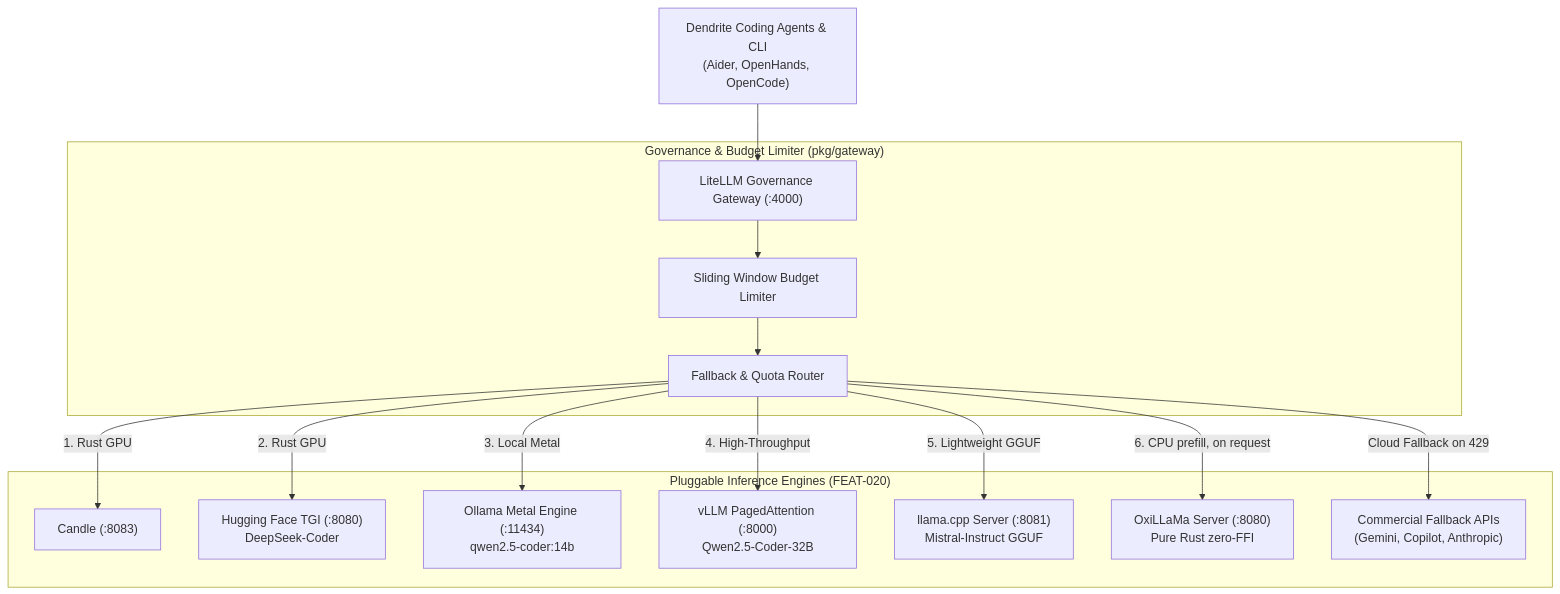
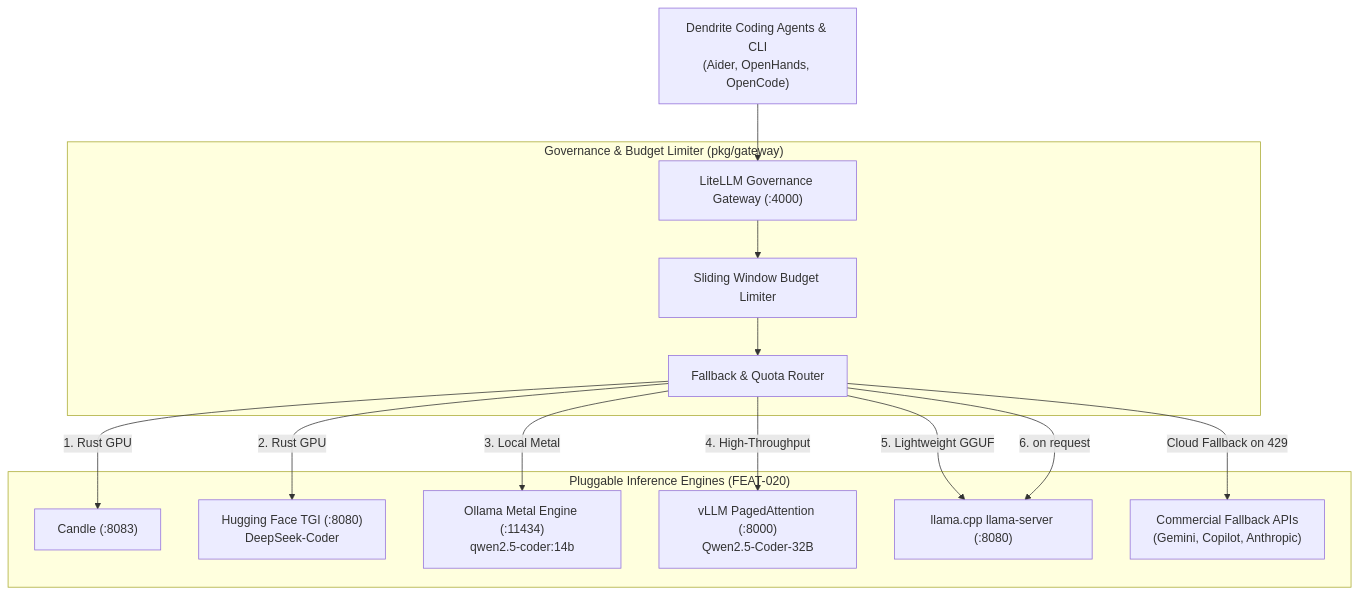
The diagram in docs/features/FEAT-020-pluggable-inference-engines.md (yasuomaidana/dendrite), drawn with Mermaid before and after one commit. The commit also changed other lines of this file and 141 other files, not shown here.

First line of the commit message:
[DEN-933] Replace OxiLLaMa with llama.cpp llama-server (#122)

````diff
--- a/docs/features/FEAT-020-pluggable-inference-engines.md
+++ b/docs/features/FEAT-020-pluggable-inference-engines.md
@@ -78,19 +77,19 @@
 ```mermaid
 flowchart TD
     Client["Dendrite Coding Agents & CLI<br/>(Aider, OpenHands, OpenCode)"] --> Gateway["LiteLLM Governance Gateway (:4000)"]
     
     subgraph Governance["Governance & Budget Limiter (pkg/gateway)"]
         Gateway --> Limiter["Sliding Window Budget Limiter"]
         Limiter --> Cascade["Fallback & Quota Router"]
     end
 
     subgraph Engines["Pluggable Inference Engines (FEAT-020)"]
         Cascade -->|1. Rust GPU| Candle["Candle (:8083)"]
         Cascade -->|2. Rust GPU| HFTGI["Hugging Face TGI (:8080)<br/>DeepSeek-Coder"]
         Cascade -->|3. Local Metal| Ollama["Ollama Metal Engine (:11434)<br/>qwen2.5-coder:14b"]
         Cascade -->|4. High-Throughput| VLLM["vLLM PagedAttention (:8000)<br/>Qwen2.5-Coder-32B"]
         Cascade -->|5. Lightweight GGUF| LlamaCpp["llama.cpp Server (:8081)<br/>Mistral-Instruct GGUF"]
-        Cascade -->|6. CPU prefill, on request| Oxillama["OxiLLaMa Server (:8080)<br/>Pure Rust zero-FFI"]
+        Cascade -->|6. on request| LlamaCpp["llama.cpp llama-server (:8080)"]
         Cascade -->|Cloud Fallback on 429| Upstream["Commercial Fallback APIs<br/>(Gemini, Copilot, Anthropic)"]
     end
 ```
````
